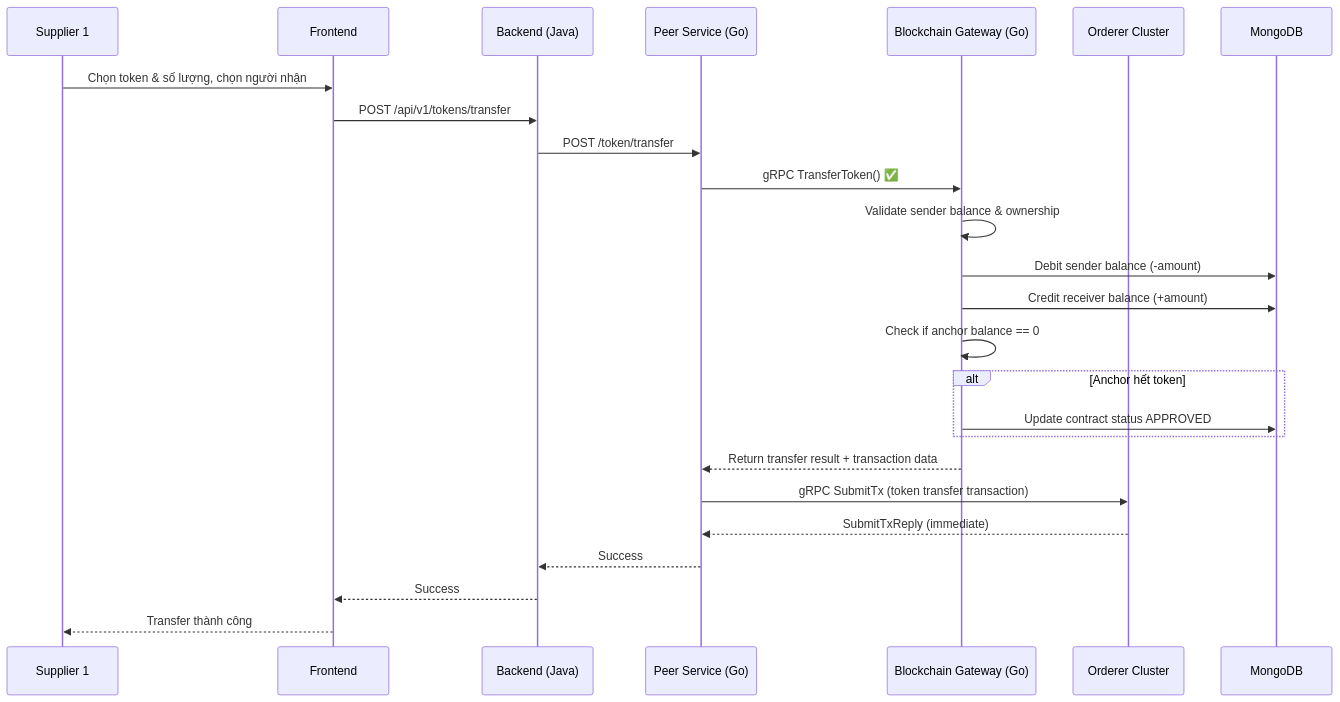
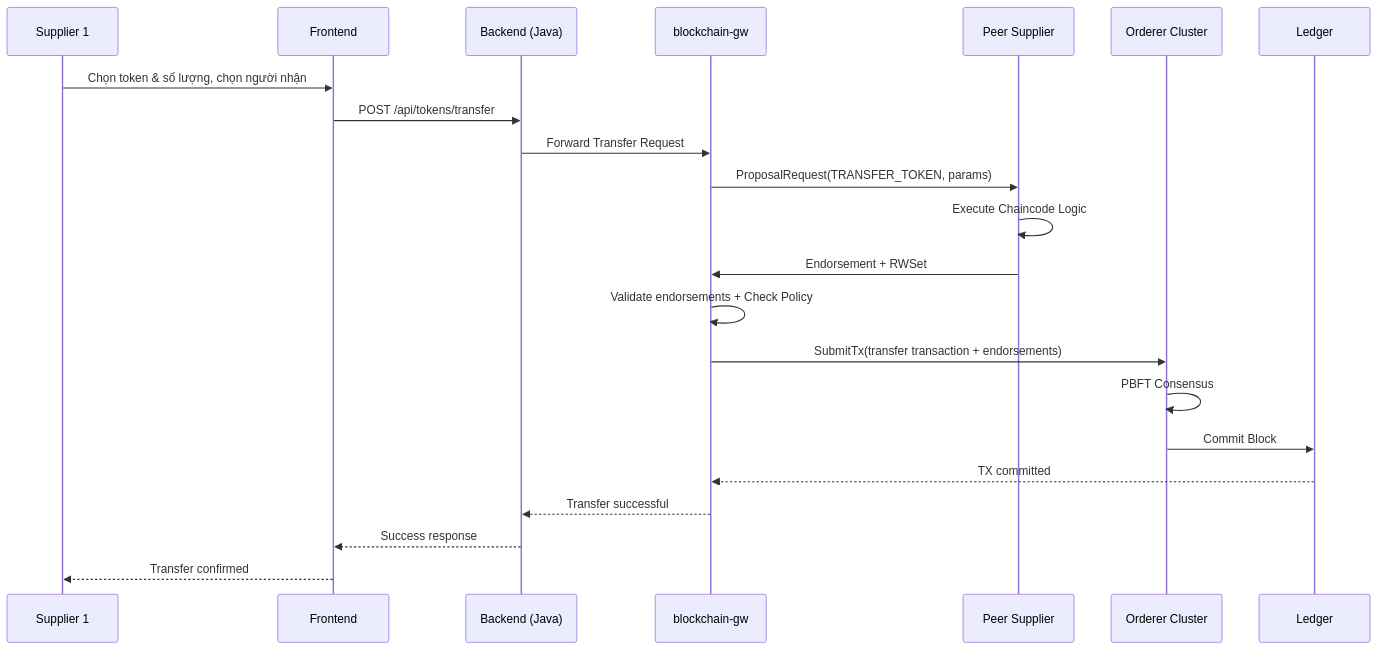
The seventh of 25 diagrams in System_Design_Document.md (trunghc97/blockchain), drawn with Mermaid before and after one commit. The commit also changed other lines of this file and 1 other file, not shown here.

Commit message:
change to peer

````diff
--- a/System_Design_Document.md
+++ b/System_Design_Document.md
@@ -1124,28 +1057,28 @@
 ```mermaid
 sequenceDiagram
     participant S1 as Supplier 1
     participant FE as Frontend
     participant BE as Backend (Java)
-    participant PEER as Peer Service (Go)
-    participant GATEWAY as Blockchain Gateway (Go)
-    participant ORDERER as Orderer Cluster
-    participant DB as MongoDB
+    participant GW as blockchain-gw
+    participant PeerS as Peer Supplier
+    participant ORD as Orderer Cluster
+    participant LED as Ledger
 
     S1->>FE: Chọn token & số lượng, chọn người nhận
-    FE->>BE: POST /api/v1/tokens/transfer
-    BE->>PEER: POST /token/transfer
-    PEER->>GATEWAY: gRPC TransferToken() ✅
-    GATEWAY->>GATEWAY: Validate sender balance & ownership
-    GATEWAY->>DB: Debit sender balance (-amount)
-    GATEWAY->>DB: Credit receiver balance (+amount)
-    GATEWAY->>GATEWAY: Check if anchor balance == 0
-    alt Anchor hết token
-        GATEWAY->>DB: Update contract status APPROVED
-    end
-    GATEWAY-->>PEER: Return transfer result + transaction data
-    PEER->>ORDERER: gRPC SubmitTx (token transfer transaction)
-    ORDERER-->>PEER: SubmitTxReply (immediate)
-    PEER-->>BE: Success
-    BE-->>FE: Success
-    FE-->>S1: Transfer thành công
+    FE->>BE: POST /api/tokens/transfer
+    BE->>GW: Forward Transfer Request
+    
+    GW->>PeerS: ProposalRequest(TRANSFER_TOKEN, params)
+    PeerS->>PeerS: Execute Chaincode Logic
+    PeerS->>GW: Endorsement + RWSet
+    
+    GW->>GW: Validate endorsements + Check Policy
+    GW->>ORD: SubmitTx(transfer transaction + endorsements)
+    ORD->>ORD: PBFT Consensus
+    ORD->>LED: Commit Block
+    LED-->>GW: TX committed
+    
+    GW-->>BE: Transfer successful
+    BE-->>FE: Success response
+    FE-->>S1: Transfer confirmed
 ```
````
